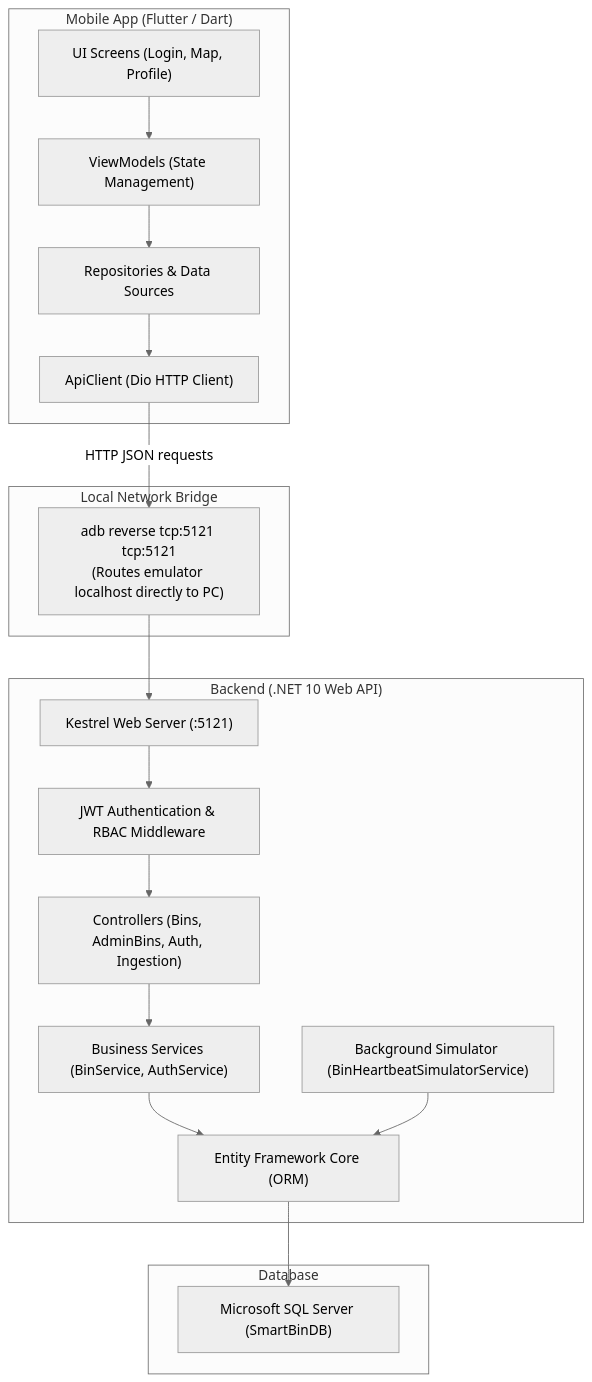
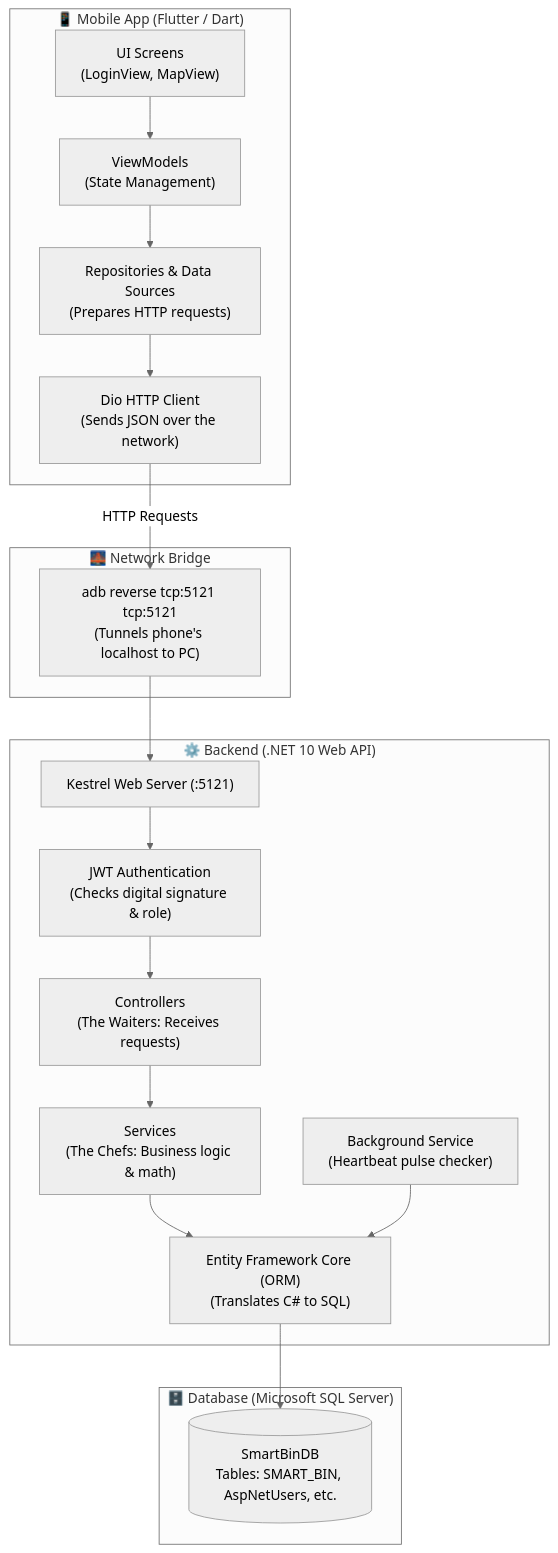
Before and after one commit to Smart-Recycle-bin/Smart-Recycle-bin: the diagram in docs/BACKEND_INTEGRATION_INTERVIEW_GUIDE.md, drawn with Mermaid (neutral theme). The commit also changed other lines of this file, not shown here.

````diff
--- a/docs/BACKEND_INTEGRATION_INTERVIEW_GUIDE.md
+++ b/docs/BACKEND_INTEGRATION_INTERVIEW_GUIDE.md
@@ -10,33 +10,34 @@
 ```mermaid
 flowchart TD
-    subgraph MobileApp ["Mobile App (Flutter / Dart)"]
-        UI["UI Screens (Login, Map, Profile)"]
-        VM["ViewModels (State Management)"]
-        Repo["Repositories & Data Sources"]
-        ApiClient["ApiClient (Dio HTTP Client)"]
-        UI --> VM --> Repo --> ApiClient
+    subgraph Mobile ["📱 Mobile App (Flutter / Dart)"]
+        UI["UI Screens\n(LoginView, MapView)"]
+        VM["ViewModels\n(State Management)"]
+        RepoM["Repositories & Data Sources\n(Prepares HTTP requests)"]
+        DioClient["Dio HTTP Client\n(Sends JSON over the network)"]
+        
+        UI --> VM --> RepoM --> DioClient
     end
 
-    subgraph Tunnel ["Local Network Bridge"]
-        ADB["adb reverse tcp:5121 tcp:5121\n(Routes emulator localhost directly to PC)"]
+    subgraph Tunnel ["🌉 Network Bridge"]
+        ADB["adb reverse tcp:5121 tcp:5121\n(Tunnels phone's localhost to PC)"]
     end
 
-    subgraph Backend ["Backend (.NET 10 Web API)"]
+    subgraph Backend ["⚙️ Backend (.NET 10 Web API)"]
         Kestrel["Kestrel Web Server (:5121)"]
-        AuthMiddleware["JWT Authentication & RBAC Middleware"]
-        Controllers["Controllers (Bins, AdminBins, Auth, Ingestion)"]
-        Services["Business Services (BinService, AuthService)"]
-        Simulator["Background Simulator (BinHeartbeatSimulatorService)"]
-        EF["Entity Framework Core (ORM)"]
-        
+        AuthMiddleware["JWT Authentication\n(Checks digital signature & role)"]
+        Controllers["Controllers\n(The Waiters: Receives requests)"]
+        Services["Services\n(The Chefs: Business logic & math)"]
+        EF["Entity Framework Core (ORM)\n(Translates C# to SQL)"]
+        Simulator["Background Service\n(Heartbeat pulse checker)"]
+
         Kestrel --> AuthMiddleware --> Controllers --> Services --> EF
         Simulator --> EF
     end
 
-    subgraph Database ["Database"]
-        SQL["Microsoft SQL Server (SmartBinDB)"]
+    subgraph Database ["🗄️ Database (Microsoft SQL Server)"]
+        SQL[("SmartBinDB\nTables: SMART_BIN, AspNetUsers, etc.")]
         EF --> SQL
     end
 
-    ApiClient -->|HTTP JSON requests| ADB --> Kestrel
+    DioClient -->|HTTP Requests| ADB --> Kestrel
 ```
````
